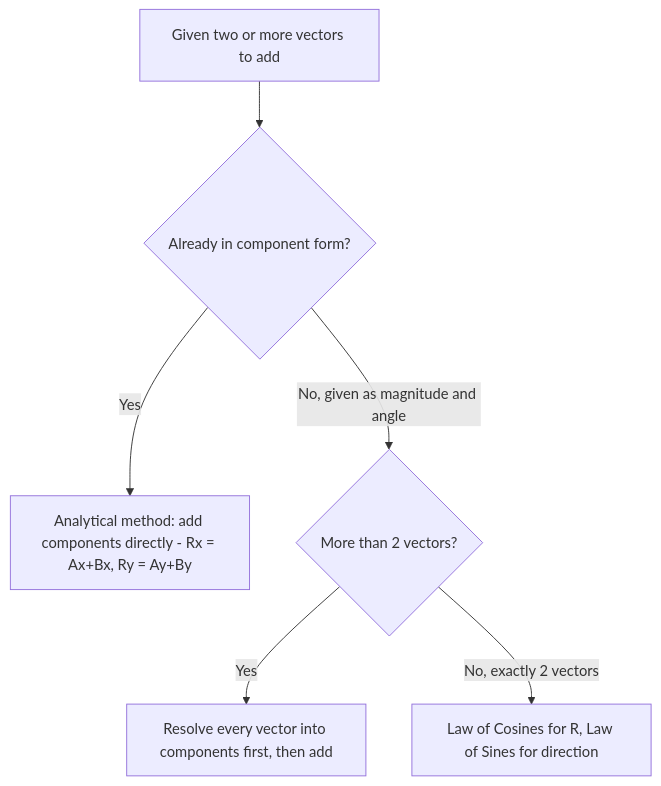
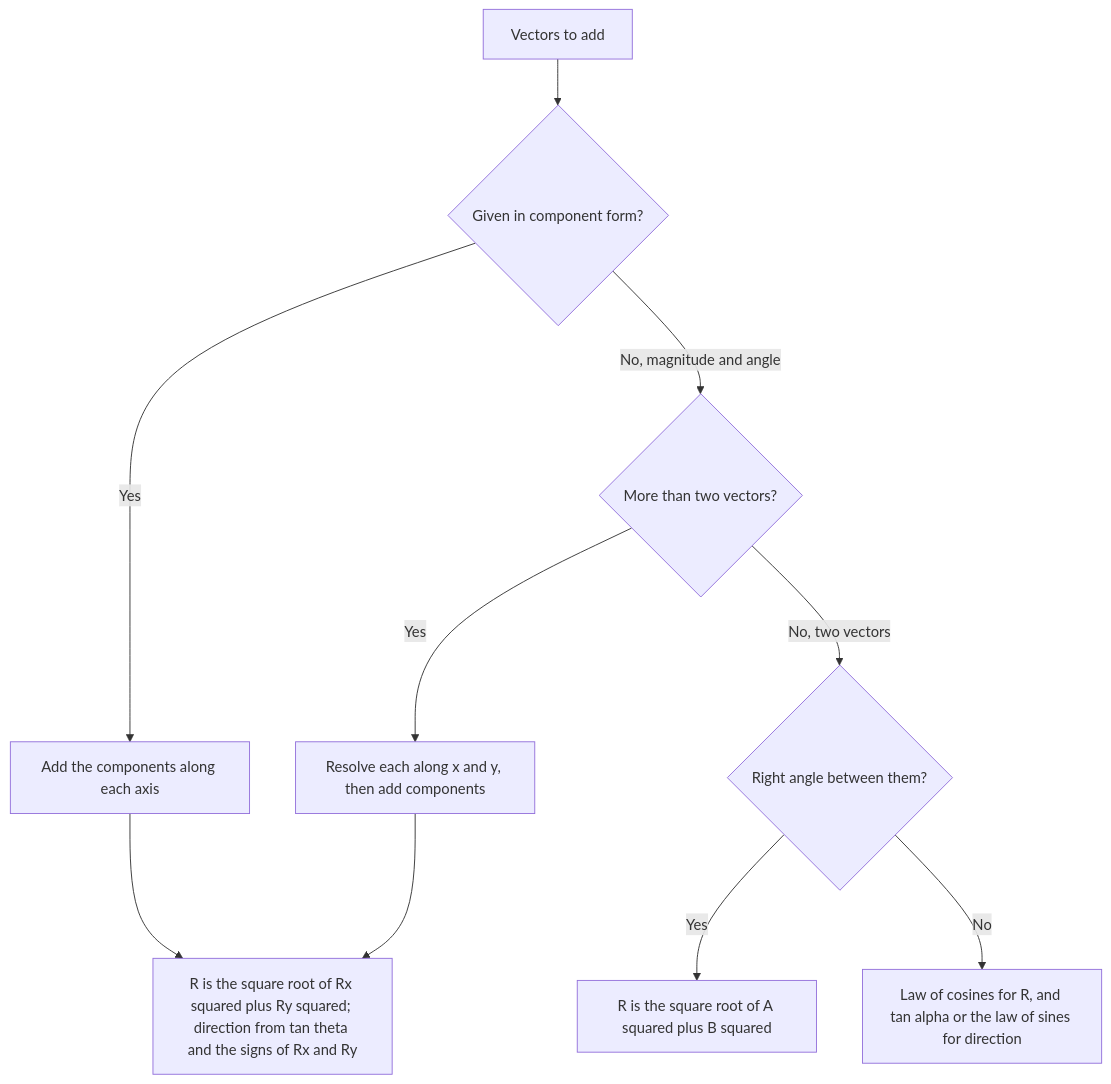
One commit to fsr-science/NCERT-Science changed the second of 4 diagrams in AI-NOTES/PHYSICS/PHYSICS03-MOTION_IN_A_PLANE/PHYSICS03-MOTION_IN_A_PLANE-NOTES.md. Above: the diagram before and after it, drawn with Mermaid. The commit also changed other lines of this file and 1 other file, not shown here.

````diff
--- a/AI-NOTES/PHYSICS/PHYSICS03-MOTION_IN_A_PLANE/PHYSICS03-MOTION_IN_A_PLANE-NOTES.md
+++ b/AI-NOTES/PHYSICS/PHYSICS03-MOTION_IN_A_PLANE/PHYSICS03-MOTION_IN_A_PLANE-NOTES.md
@@ -1443,8 +1620,12 @@
 ```mermaid
 flowchart TD
-    A[Given two or more vectors to add] --> B{Already in component form?}
-    B -- Yes --> C[Analytical method: add components directly - Rx = Ax+Bx, Ry = Ay+By]
-    B -- No, given as magnitude and angle --> D{More than 2 vectors?}
-    D -- Yes --> E[Resolve every vector into components first, then add]
-    D -- No, exactly 2 vectors --> F[Law of Cosines for R, Law of Sines for direction]
+    A["Vectors to add"] --> B{"Given in component form?"}
+    B -->|"Yes"| C["Add the components along each axis"]
+    B -->|"No, magnitude and angle"| D{"More than two vectors?"}
+    D -->|"Yes"| E["Resolve each along x and y, then add components"]
+    D -->|"No, two vectors"| F{"Right angle between them?"}
+    F -->|"Yes"| G["R is the square root of A squared plus B squared"]
+    F -->|"No"| H["Law of cosines for R, and tan alpha or the law of sines for direction"]
+    C --> I["R is the square root of Rx squared plus Ry squared; direction from tan theta and the signs of Rx and Ry"]
+    E --> I
 ```
````
